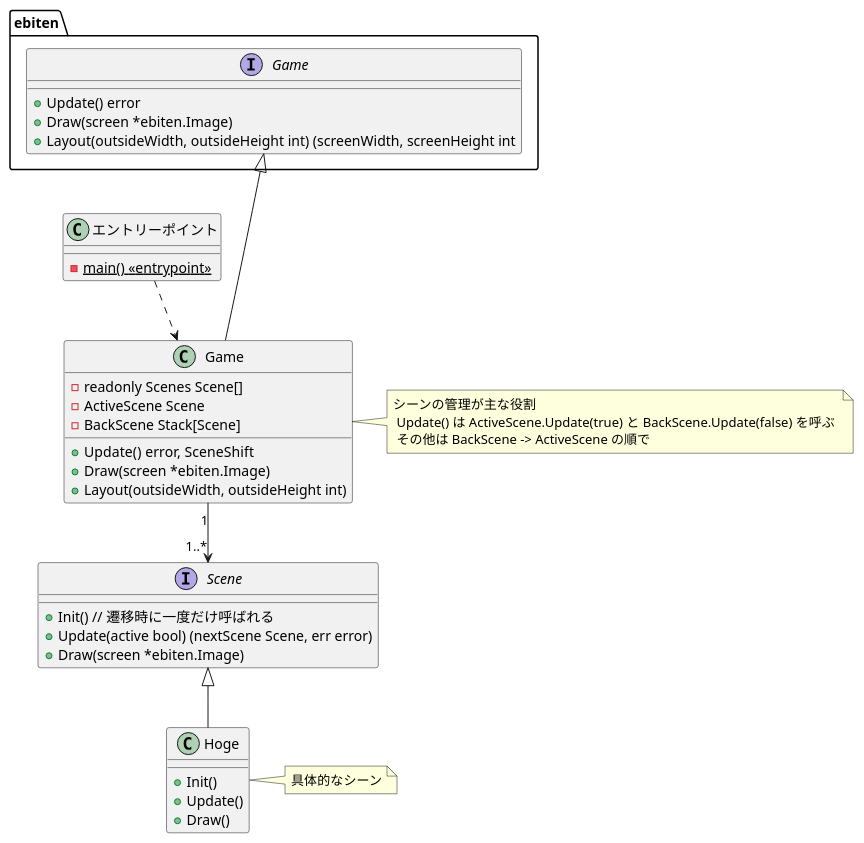
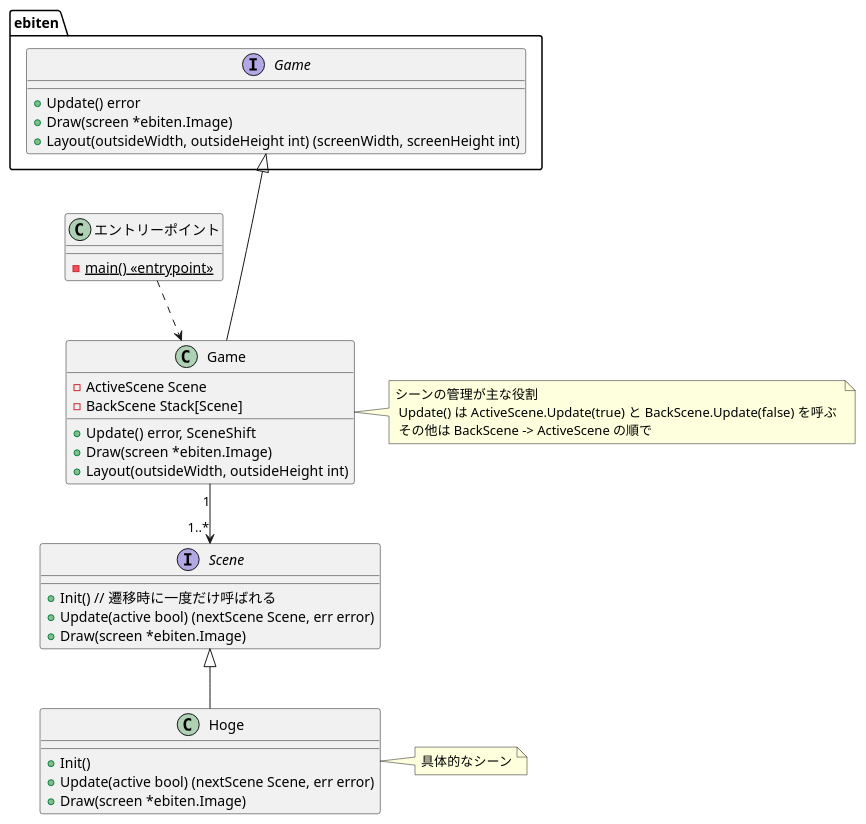
One commit to kmc-jp/Gamedev_Tempura-of-p--Phenylazo-phenol changed the diagram in Docs/game_class_diagram.puml. Above: the diagram before and after it, drawn with PlantUML.

Commit message:
Copilotのレビューを反映
- ebiten.Game.Layoutの閉じ括弧を追加
- Hoge.Update と Hoge.Draw の具体的な型を追加
- Game 構造体の Scenes を削除
  - よく考えたらいらなかった

```diff
--- a/Docs/game_class_diagram.puml
+++ b/Docs/game_class_diagram.puml
@@ -1,46 +1,45 @@
 @startuml game_class_diagram
 
 package ebiten {
     interface ebiten.Game {
         + Update() error
         + Draw(screen *ebiten.Image)
-        + Layout(outsideWidth, outsideHeight int) (screenWidth, screenHeight int
+        + Layout(outsideWidth, outsideHeight int) (screenWidth, screenHeight int)
     }
 }
 
 class "エントリーポイント" {
     - {static} main() <<entrypoint>>
 }
 
 class Game {
-    - readonly Scenes Scene[]
     - ActiveScene Scene
     - BackScene Stack[Scene]
     + Update() error, SceneShift
     + Draw(screen *ebiten.Image)
     + Layout(outsideWidth, outsideHeight int)
 } 
 note right of Game : シーンの管理が主な役割 \n Update() は ActiveScene.Update(true) と BackScene.Update(false) を呼ぶ \n その他は BackScene -> ActiveScene の順で
 
 interface Scene {
     + Init() // 遷移時に一度だけ呼ばれる
     + Update(active bool) (nextScene Scene, err error)
     + Draw(screen *ebiten.Image)
 }
 
 "エントリーポイント" ..> Game
 
 Game -up--|> ebiten.Game
 Game "1" --> "1..*" Scene
 
 class Hoge {
     + Init()
-    + Update()
-    + Draw()
+    + Update(active bool) (nextScene Scene, err error)
+    + Draw(screen *ebiten.Image)
 }
 note right of Hoge : 具体的なシーン
 
 Hoge -up-|> Scene
 
 
 @enduml
```
